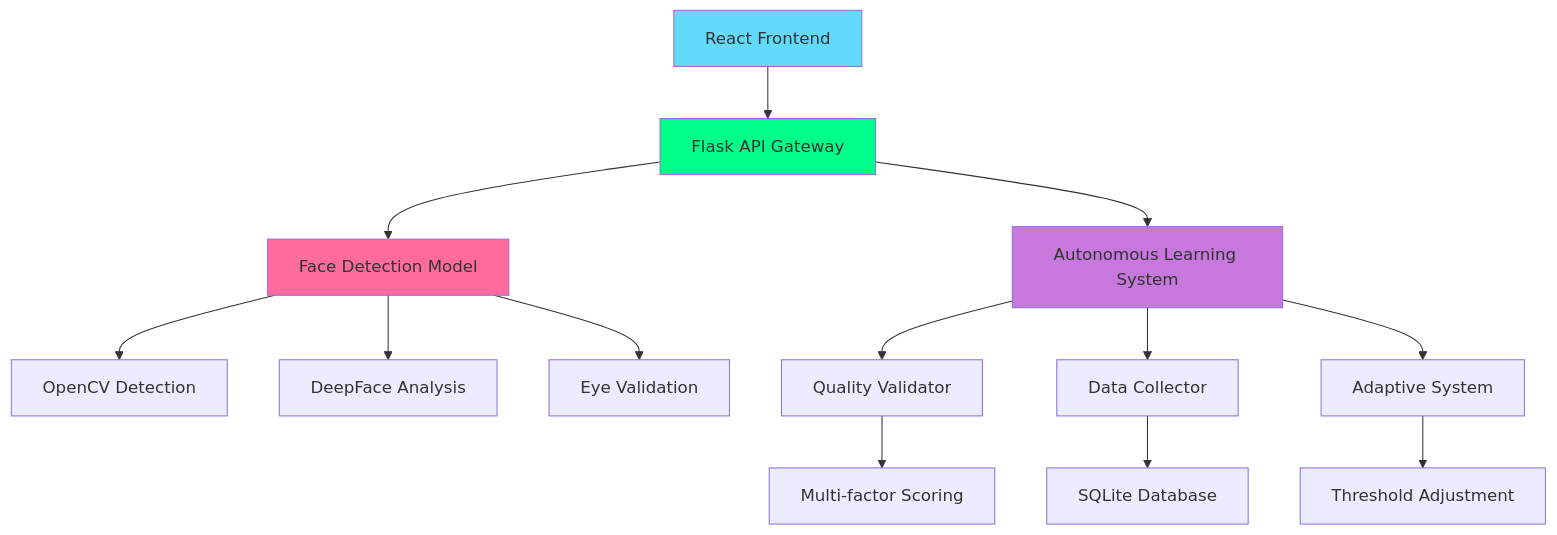
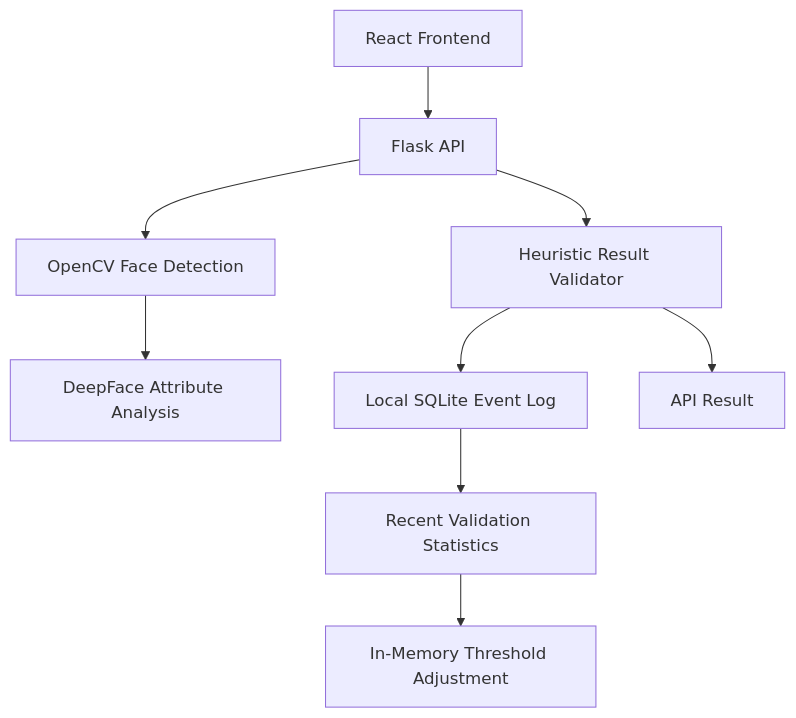
The diagram in README.md (Param-10/FaceDetection_App), drawn with Mermaid before and after one commit. The commit also changed other lines of this file and 17 other files, not shown here.

First line of the commit message:
Prepare FaceDetection_App for single-service Render deployment (#28)

````diff
--- a/README.md
+++ b/README.md
@@ -89,23 +90,11 @@
 ```mermaid
 graph TB
-    A[React Frontend] --> B[Flask API Gateway]
-    B --> C[Face Detection Model]
-    B --> D[Autonomous Learning System]
-    
-    C --> E[OpenCV Detection]
-    C --> F[DeepFace Analysis]
-    C --> G[Eye Validation]
-    
-    D --> H[Quality Validator]
-    D --> I[Data Collector]
-    D --> J[Adaptive System]
-    
-    H --> K[Multi-factor Scoring]
-    I --> L[SQLite Database]
-    J --> M[Threshold Adjustment]
-    
-    style A fill:#61dafb
-    style B fill:#00ff88
-    style C fill:#ff6b9d
-    style D fill:#c678dd
+    A[React Frontend] --> B[Flask API]
+    B --> C[OpenCV Face Detection]
+    C --> D[DeepFace Attribute Analysis]
+    B --> E[Heuristic Result Validator]
+    E --> F[Local SQLite Event Log]
+    F --> G[Recent Validation Statistics]
+    G --> H[In-Memory Threshold Adjustment]
+    E --> I[API Result]
 ```
````
